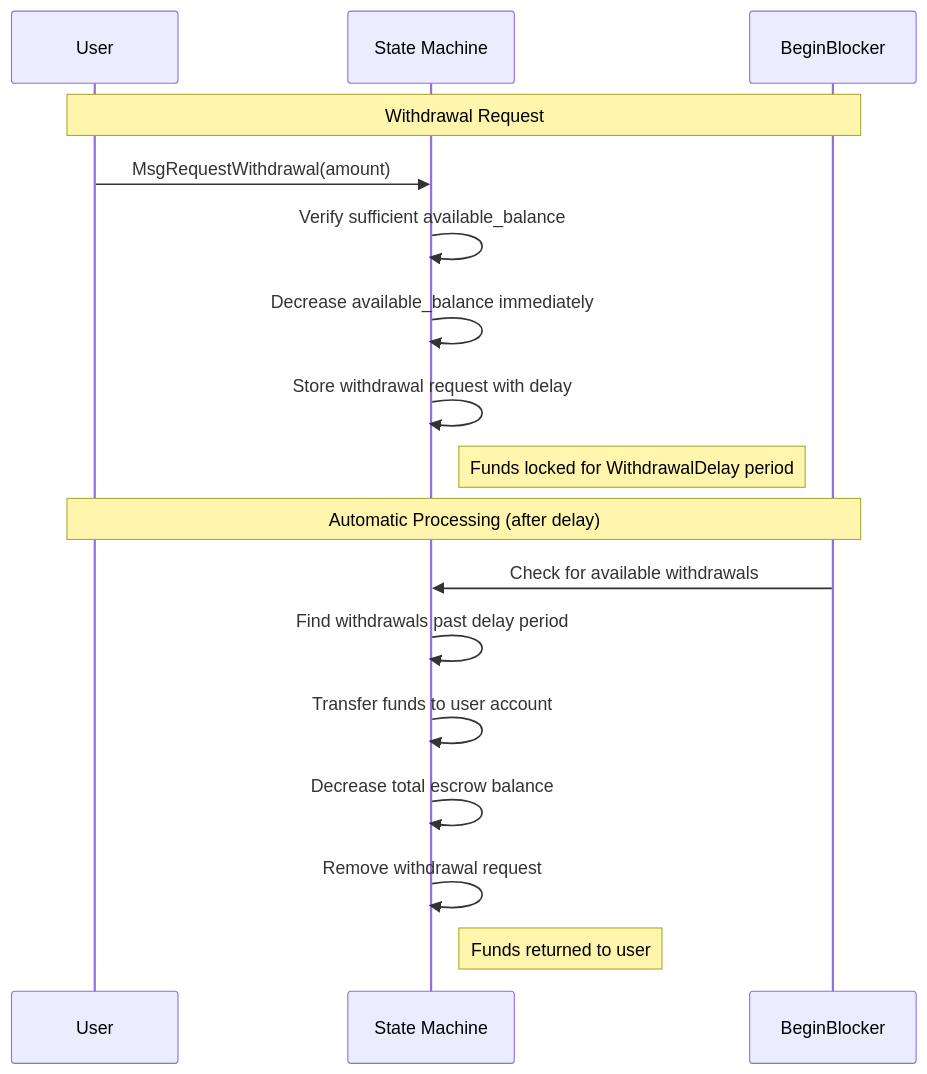
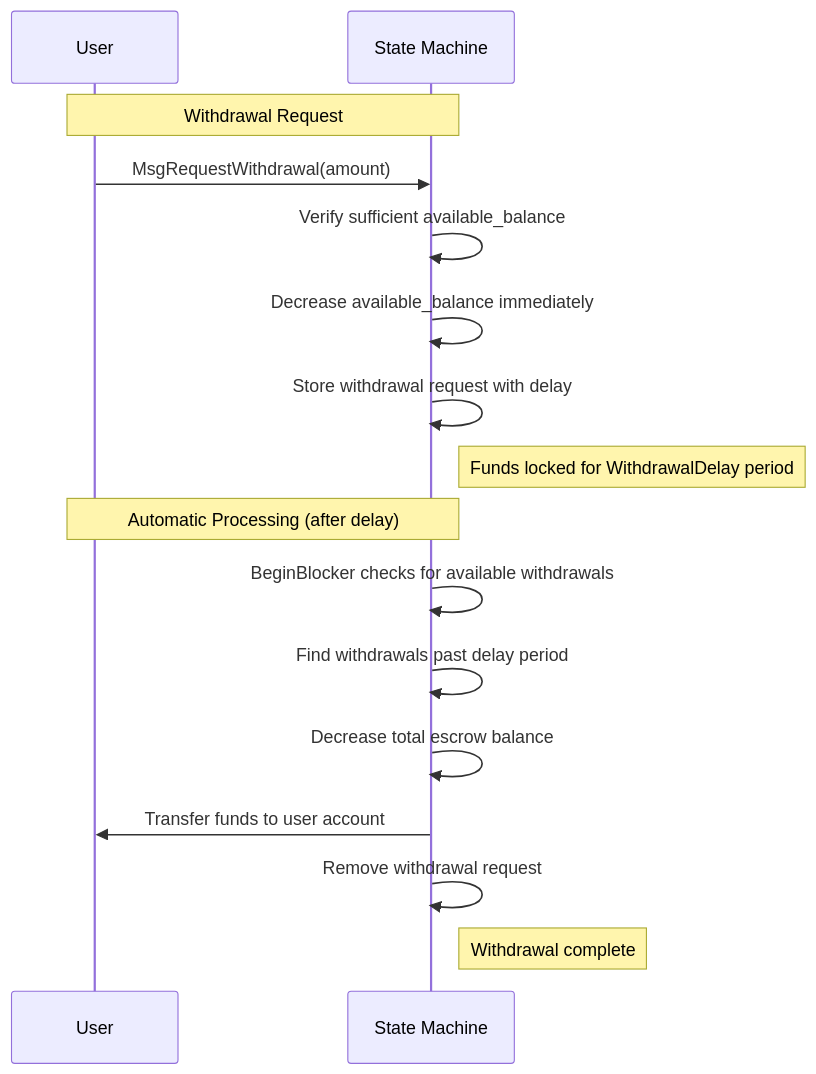
Before and after one commit to celestiaorg/celestia-app: the second of 2 diagrams in sdk_module.md, drawn with Mermaid. The commit also changed other lines of this file, not shown here.

Commit message:
docs: update withdrawal diagram

````diff
--- a/sdk_module.md
+++ b/sdk_module.md
@@ -125,21 +123,20 @@
 ```mermaid
 sequenceDiagram
     participant U as User
     participant SM as State Machine
-    participant BB as BeginBlocker
 
-    Note over U,BB: Withdrawal Request
+    Note over U,SM: Withdrawal Request
     U->>SM: MsgRequestWithdrawal(amount)
     SM->>SM: Verify sufficient available_balance
     SM->>SM: Decrease available_balance immediately
     SM->>SM: Store withdrawal request with delay
     Note right of SM: Funds locked for WithdrawalDelay period
 
-    Note over U,BB: Automatic Processing (after delay)
-    BB->>SM: Check for available withdrawals
+    Note over U,SM: Automatic Processing (after delay)
+    SM->>SM: BeginBlocker checks for available withdrawals
     SM->>SM: Find withdrawals past delay period
-    SM->>SM: Transfer funds to user account
     SM->>SM: Decrease total escrow balance
+    SM->>U: Transfer funds to user account
     SM->>SM: Remove withdrawal request
-    Note right of SM: Funds returned to user
+    Note right of SM: Withdrawal complete
 ```
````
